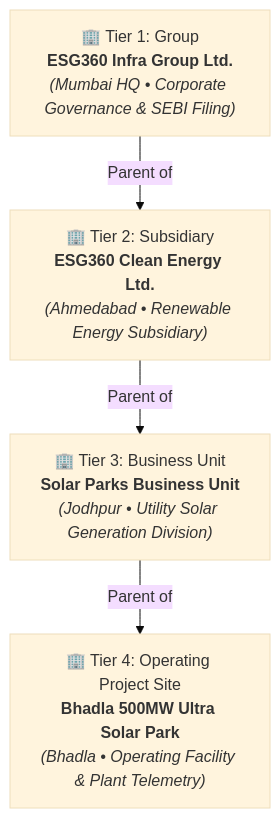
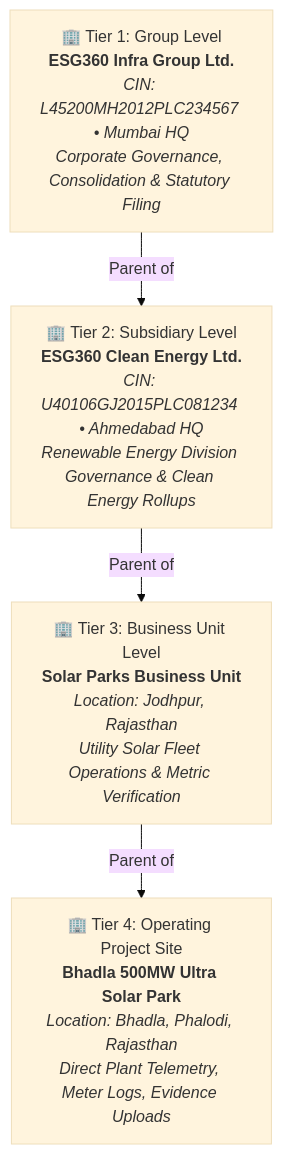
The second of 2 diagrams in PS08/documentation.md (ionode-cloud/BPUT-Hackathon-2026), drawn with Mermaid (base theme) before and after one commit. The commit also changed other lines of this file and 6 other files, not shown here.

````diff
--- a/PS08/documentation.md
+++ b/PS08/documentation.md
@@ -115,11 +121,11 @@
 ```mermaid
 graph TD
-    T1["🏢 Tier 1: Group<br><b>ESG360 Infra Group Ltd.</b><br><i>(Mumbai HQ • Corporate Governance & SEBI Filing)</i>"]
-    T2["🏢 Tier 2: Subsidiary<br><b>ESG360 Clean Energy Ltd.</b><br><i>(Ahmedabad • Renewable Energy Subsidiary)</i>"]
-    T3["🏢 Tier 3: Business Unit<br><b>Solar Parks Business Unit</b><br><i>(Jodhpur • Utility Solar Generation Division)</i>"]
-    T4["🏢 Tier 4: Operating Project Site<br><b>Bhadla 500MW Ultra Solar Park</b><br><i>(Bhadla • Operating Facility & Plant Telemetry)</i>"]
+    T1["🏢 Tier 1: Group Level<br><b>ESG360 Infra Group Ltd.</b><br><i>CIN: L45200MH2012PLC234567 • Mumbai HQ<br>Corporate Governance, Consolidation & Statutory Filing</i>"]
+    T2["🏢 Tier 2: Subsidiary Level<br><b>ESG360 Clean Energy Ltd.</b><br><i>CIN: U40106GJ2015PLC081234 • Ahmedabad HQ<br>Renewable Energy Division Governance & Clean Energy Rollups</i>"]
+    T3["🏢 Tier 3: Business Unit Level<br><b>Solar Parks Business Unit</b><br><i>Location: Jodhpur, Rajasthan<br>Utility Solar Fleet Operations & Metric Verification</i>"]
+    T4["🏢 Tier 4: Operating Project Site<br><b>Bhadla 500MW Ultra Solar Park</b><br><i>Location: Bhadla, Phalodi, Rajasthan<br>Direct Plant Telemetry, Meter Logs, Evidence Uploads</i>"]
 
     T1 -->|Parent of| T2
     T2 -->|Parent of| T3
     T3 -->|Parent of| T4
 ```
````
